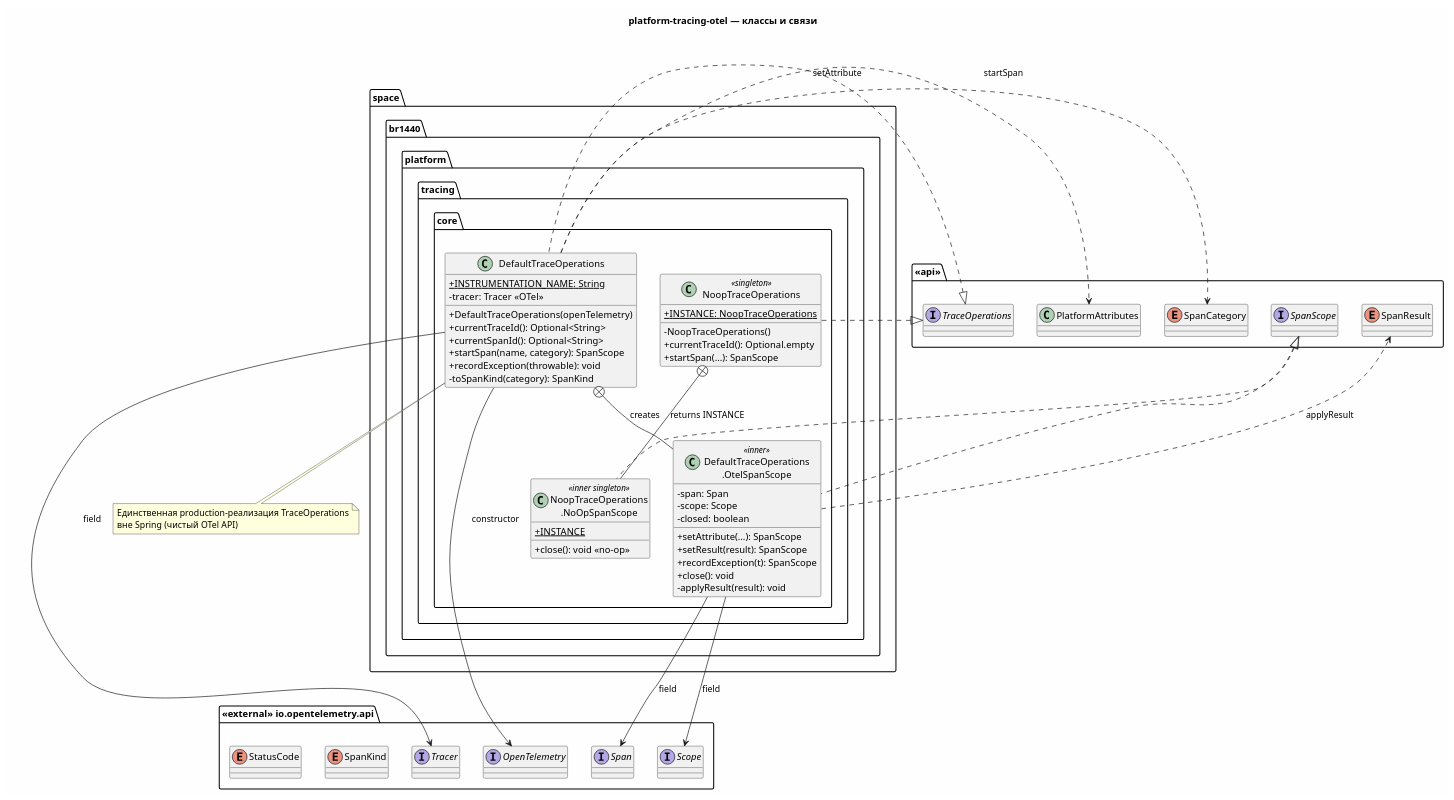
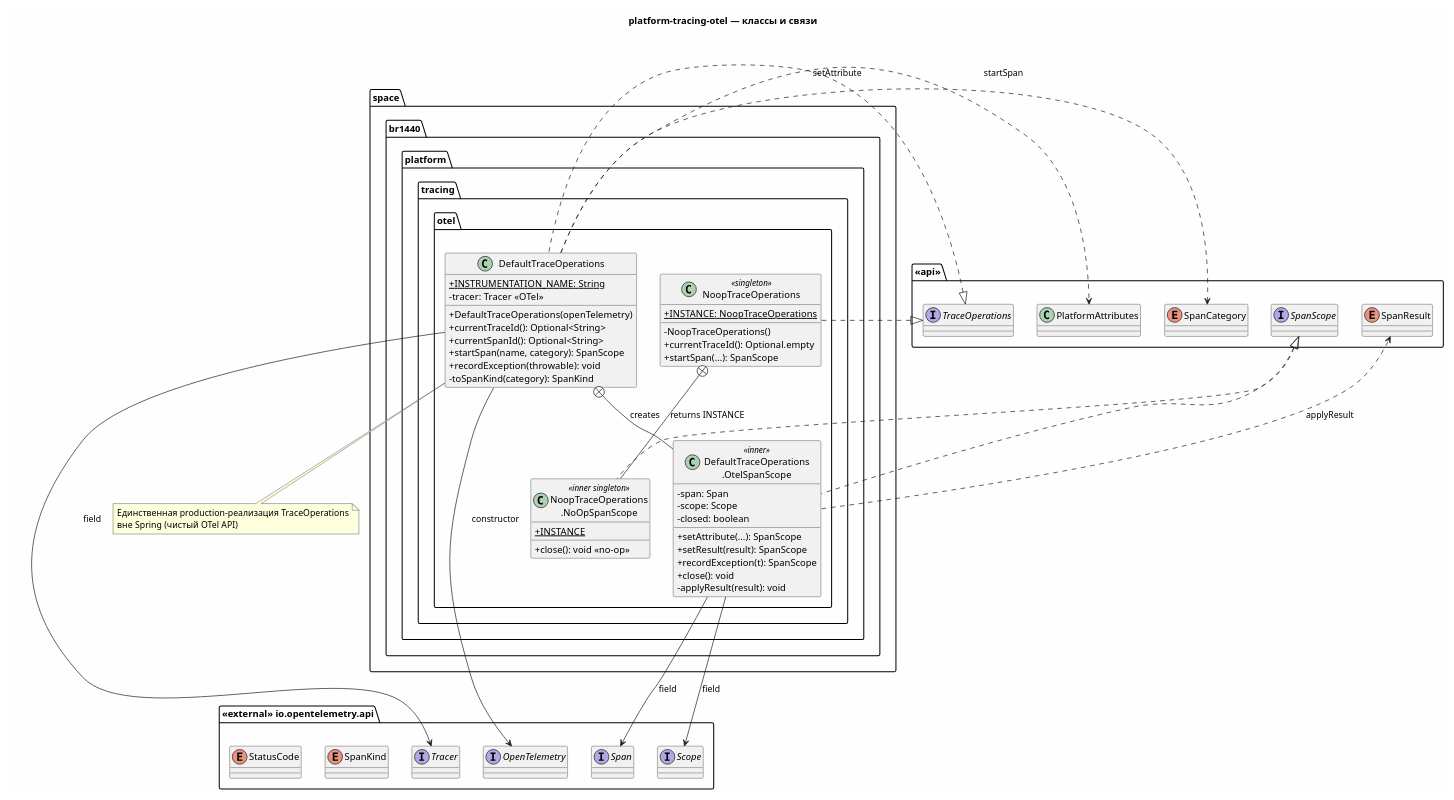
The third of 8 diagrams in docs/architecture/platform-tracing-classes.puml (andrew3008/EnglishDictionary), drawn with PlantUML before and after one commit. The commit also changed 461 other files, not shown here.

Commit message:
Renaming core to otel

```diff
--- a/docs/architecture/platform-tracing-classes.puml
+++ b/docs/architecture/platform-tracing-classes.puml
@@ -226,83 +226,83 @@
 @startuml platform-tracing-classes-02-core
 skinparam backgroundColor #FEFEFE
 skinparam shadowing false
 skinparam classAttributeIconSize 0
 skinparam defaultFontName "Segoe UI"
 
 title platform-tracing-otel — классы и связи
 
-package "space.br1440.platform.tracing.core" {
+package "space.br1440.platform.tracing.otel" {
   class DefaultTraceOperations {
     {static} +INSTRUMENTATION_NAME: String
     -tracer: Tracer «OTel»
     +DefaultTraceOperations(openTelemetry)
     +currentTraceId(): Optional<String>
     +currentSpanId(): Optional<String>
     +startSpan(name, category): SpanScope
     +recordException(throwable): void
     -toSpanKind(category): SpanKind
   }
 
   class "DefaultTraceOperations\n.OtelSpanScope" as OtelSpanScope <<inner>> {
     -span: Span
     -scope: Scope
     -closed: boolean
     +setAttribute(...): SpanScope
     +setResult(result): SpanScope
     +recordException(t): SpanScope
     +close(): void
     -applyResult(result): void
   }
 
   class NoopTraceOperations <<singleton>> {
     {static} +INSTANCE: NoopTraceOperations
     -NoopTraceOperations()
     +currentTraceId(): Optional.empty
     +startSpan(...): SpanScope
   }
 
   class "NoopTraceOperations\n.NoOpSpanScope" as NoOpSpanScope <<inner singleton>> {
     {static} +INSTANCE
     +close(): void «no-op»
   }
 }
 
 package "«external» io.opentelemetry.api" as OTel {
   interface OpenTelemetry
   interface Tracer
   interface Span
   interface Scope
   enum SpanKind
   enum StatusCode
 }
 
 package "«api»" as API {
   interface TraceOperations
   interface SpanScope
   enum SpanCategory
   enum SpanResult
   class PlatformAttributes
 }
 
 TraceOperations <|.. DefaultTraceOperations
 TraceOperations <|.. NoopTraceOperations
 SpanScope <|.. OtelSpanScope
 SpanScope <|.. NoOpSpanScope
 
 DefaultTraceOperations +-- OtelSpanScope : «creates»
 NoopTraceOperations +-- NoOpSpanScope : «returns INSTANCE»
 
 DefaultTraceOperations --> OpenTelemetry : constructor
 DefaultTraceOperations --> Tracer : field
 OtelSpanScope --> Span : field
 OtelSpanScope --> Scope : field
 DefaultTraceOperations ..> SpanCategory : startSpan
 DefaultTraceOperations ..> PlatformAttributes : setAttribute
 OtelSpanScope ..> SpanResult : applyResult
 
 note bottom of DefaultTraceOperations
   Единственная production-реализация TraceOperations
   вне Spring (чистый OTel API)
 end note
 
 @enduml
```
